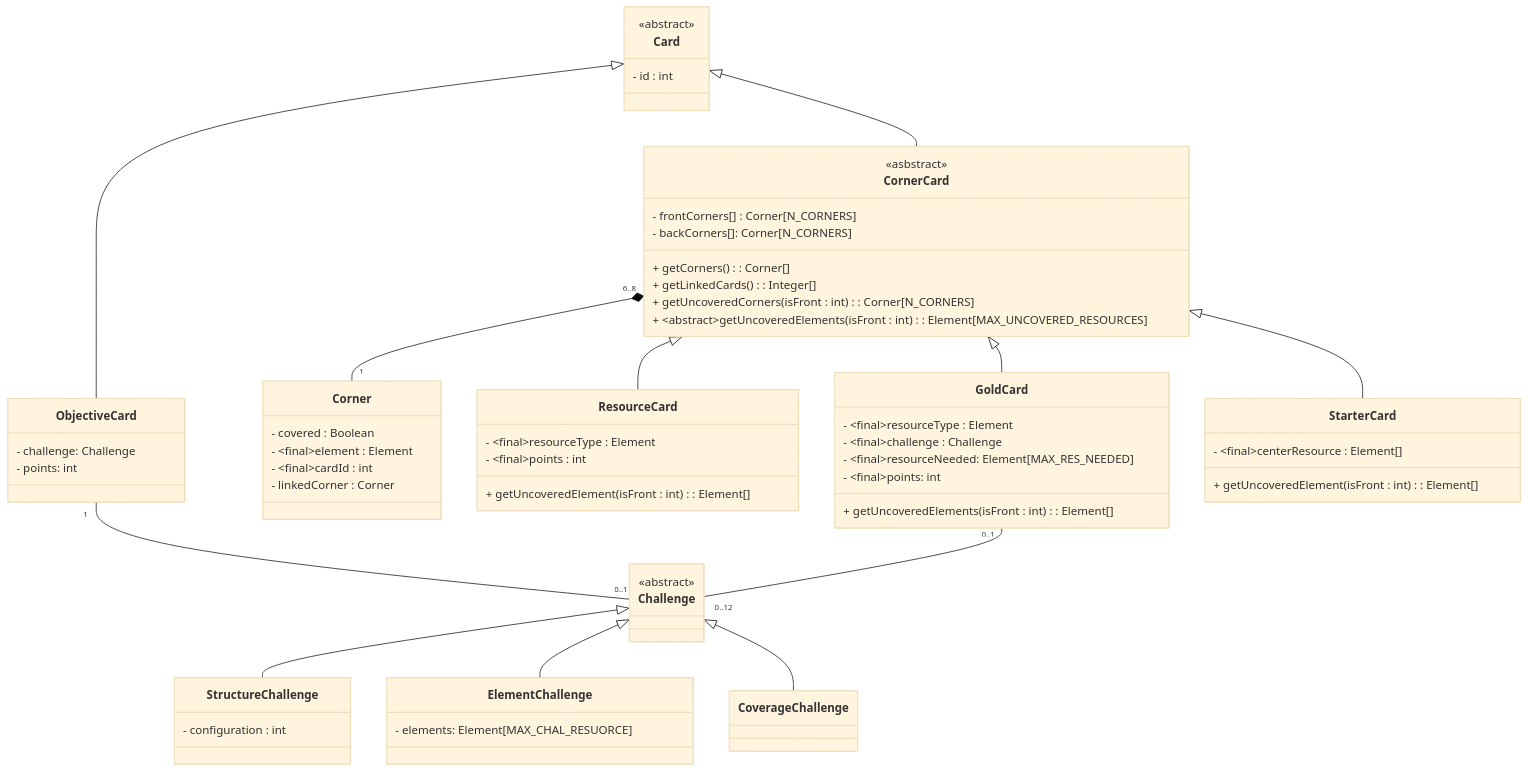
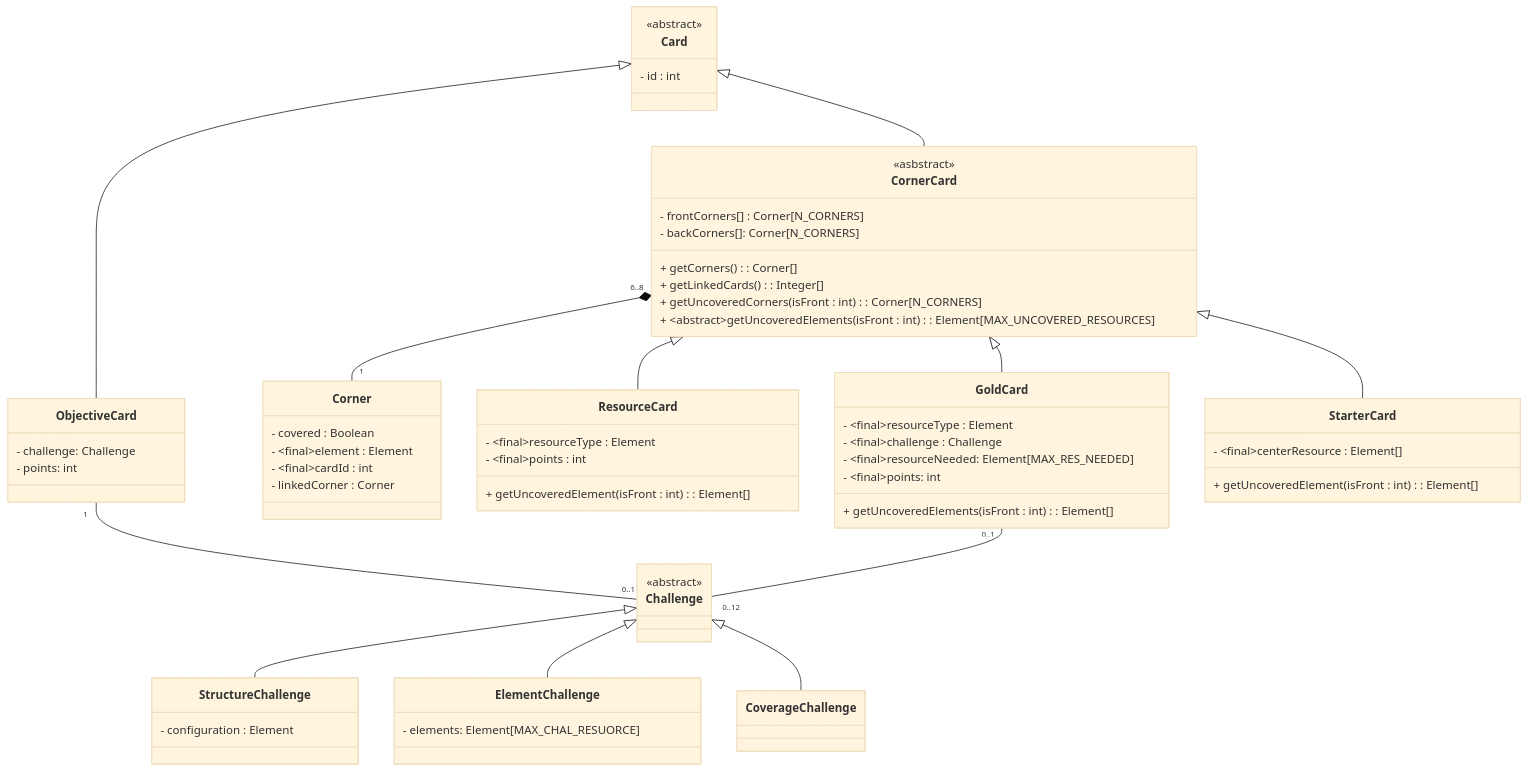
One commit to Pole11/ing-sw-2024-polelli-pozzi-quartieri-tessera changed the first of 5 diagrams in deliverables/uml.md. Above: the diagram before and after it, drawn with Mermaid (base theme). The commit also changed 7 other files, not shown here.

Commit message:
finished parser, note that exception must be managed, modified StructureChallenge replacing int with Element(modified uml.md also), added PLANT to enum, modified cards.json according to the Element addition

````diff
--- a/deliverables/uml.md
+++ b/deliverables/uml.md
@@ -7,76 +7,76 @@
 ```mermaid
 classDiagram
   class Card {
     <<abstract>>
     - id : int
   }
 
   class ObjectiveCard {
     - challenge: Challenge
     - points: int
   }
   Card <|-- ObjectiveCard
 
   class CornerCard {
     <<asbstract>>
     - frontCorners[] : Corner[N_CORNERS]
     - backCorners[]: Corner[N_CORNERS]
     + getCorners() : Corner[]
     + getLinkedCards() : Integer[]
     + getUncoveredCorners(isFront : int) : Corner[N_CORNERS]
     + ~abstract~getUncoveredElements(isFront : int) : Element[MAX_UNCOVERED_RESOURCES]
   }
   Card <|-- CornerCard
 
   class Corner {
     - covered : Boolean
     - ~final~element : Element
     - ~final~cardId : int
     - linkedCorner : Corner
 
   }
   CornerCard "6..8" *-- "1" Corner
 
   class ResourceCard {
     - ~final~resourceType : Element
     - ~final~points : int
     + getUncoveredElement(isFront : int) : Element[]
   }
   CornerCard <|-- ResourceCard
 
   class GoldCard {
     - ~final~resourceType : Element
     - ~final~challenge : Challenge
     - ~final~resourceNeeded: Element[MAX_RES_NEEDED]
     - ~final~points: int
     + getUncoveredElements(isFront : int) : Element[]
   }
   CornerCard <|-- GoldCard
 
   class StarterCard {
     - ~final~centerResource : Element[]
     + getUncoveredElement(isFront : int) : Element[]
   }
   CornerCard <|-- StarterCard
 
   class Challenge {
     <<abstract>>
   }
   ObjectiveCard "1" -- "0..1" Challenge
   GoldCard "0..1" -- "0..12" Challenge
 
   class StructureChallenge {
-    - configuration : int
+    - configuration : Element
   }
   Challenge <|-- StructureChallenge
 
   class ElementChallenge {
     - elements: Element[MAX_CHAL_RESUORCE]
   }
   Challenge <|-- ElementChallenge
 
   class CoverageChallenge {
 
   }
   Challenge <|-- CoverageChallenge
 ```
````
